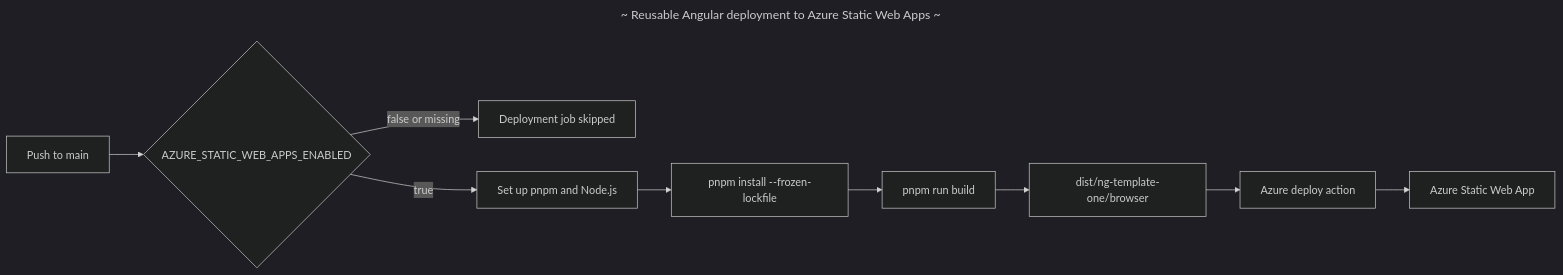
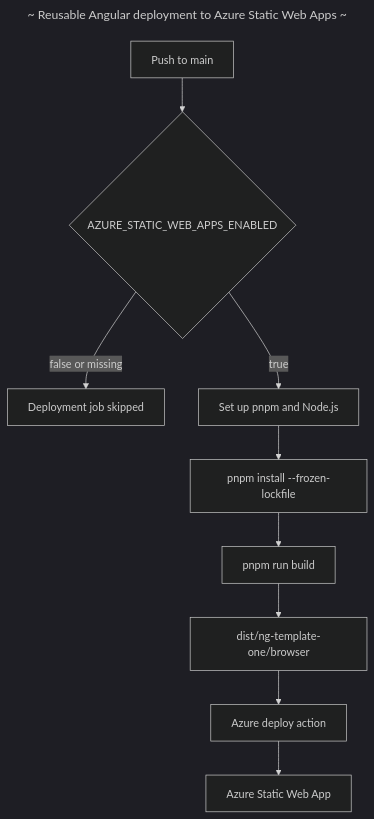
The diagram in docs/content/implement_azure_static_web_apps_in_ng_template_one.md (carloswm85/ng_template_one), drawn with Mermaid before and after one commit. The commit also changed other lines of this file, not shown here.

````diff
--- a/docs/content/implement_azure_static_web_apps_in_ng_template_one.md
+++ b/docs/content/implement_azure_static_web_apps_in_ng_template_one.md
@@ -101,17 +103,17 @@
 ```mermaid
 ---
 title: "~ Reusable Angular deployment to Azure Static Web Apps ~"
 config:
   theme: dark
 ---
 
-flowchart LR
+flowchart TD
     A[Push to main] --> B{AZURE_STATIC_WEB_APPS_ENABLED}
     B -->|false or missing| C[Deployment job skipped]
     B -->|true| D[Set up pnpm and Node.js]
     D --> E[pnpm install --frozen-lockfile]
     E --> F[pnpm run build]
     F --> G[dist/ng-template-one/browser]
     G --> H[Azure deploy action]
     H --> I[Azure Static Web App]
 ```
````
